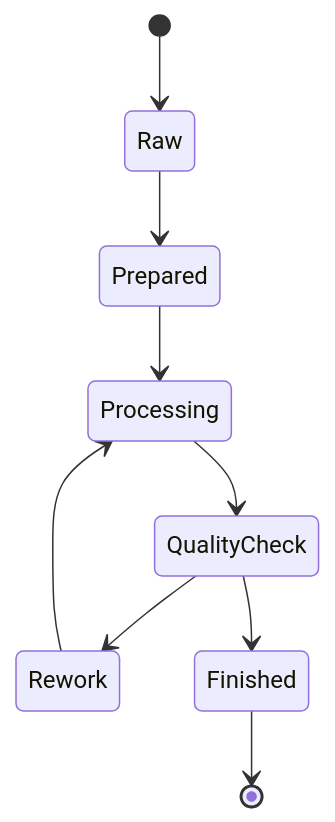
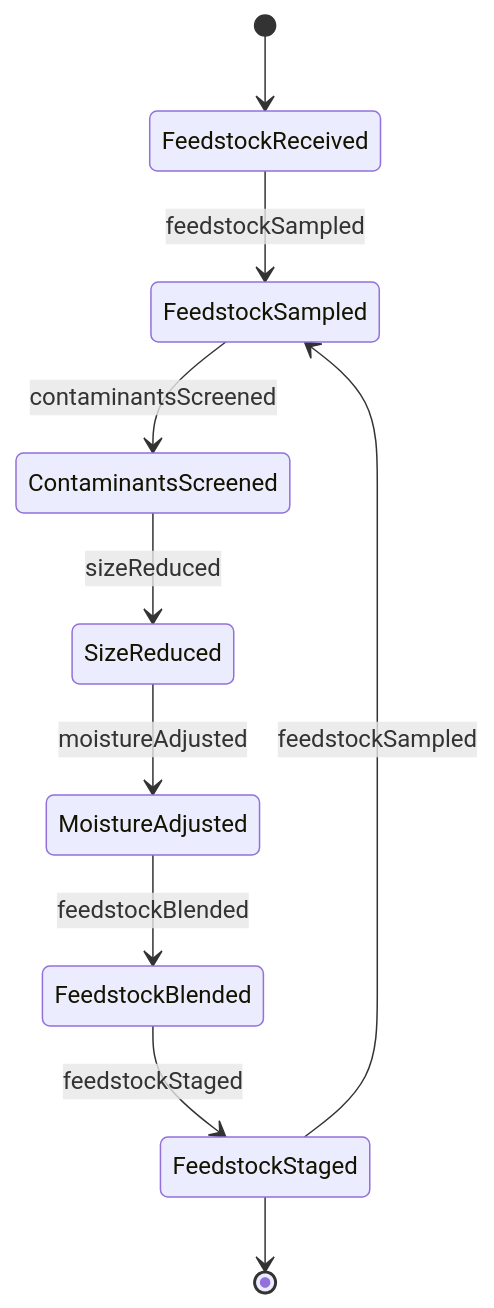
One commit to dot-org-ai/tasks.org.ai changed the second of 4 diagrams in HandlingAndMovingObjects/PrepareIndustrialMaterialsForProcessingOrUse/PrepareBiologicalFeedstockPhysicalChemical.mdx. Above: the diagram before and after it, drawn with Mermaid. The commit also changed other lines of this file and 515 other files, not shown here.

````diff
--- a/HandlingAndMovingObjects/PrepareIndustrialMaterialsForProcessingOrUse/PrepareBiologicalFeedstockPhysicalChemical.mdx
+++ b/HandlingAndMovingObjects/PrepareIndustrialMaterialsForProcessingOrUse/PrepareBiologicalFeedstockPhysicalChemical.mdx
@@ -99,11 +100,12 @@
 ```mermaid
 stateDiagram-v2
-    [*] --> Raw
-    Raw --> Prepared
-    Prepared --> Processing
-    Processing --> QualityCheck
-    QualityCheck --> Rework
-    Rework --> Processing
-    QualityCheck --> Finished
-    Finished --> [*]
+    [*] --> FeedstockReceived
+    FeedstockReceived --> FeedstockSampled : feedstockSampled
+    FeedstockSampled --> ContaminantsScreened : contaminantsScreened
+    ContaminantsScreened --> SizeReduced : sizeReduced
+    SizeReduced --> MoistureAdjusted : moistureAdjusted
+    MoistureAdjusted --> FeedstockBlended : feedstockBlended
+    FeedstockBlended --> FeedstockStaged : feedstockStaged
+    FeedstockStaged --> FeedstockSampled : feedstockSampled
+    FeedstockStaged --> [*]
 ```
````
